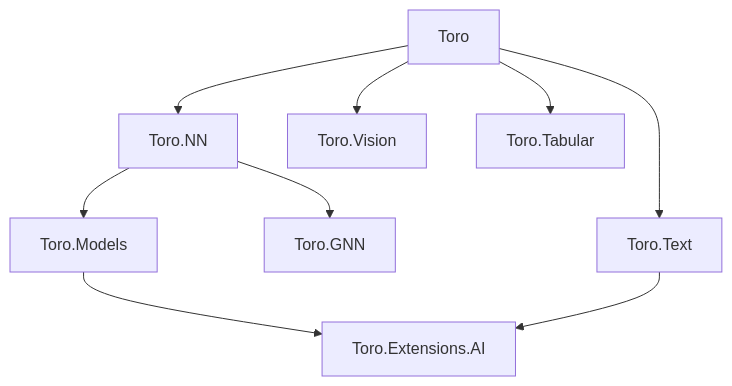
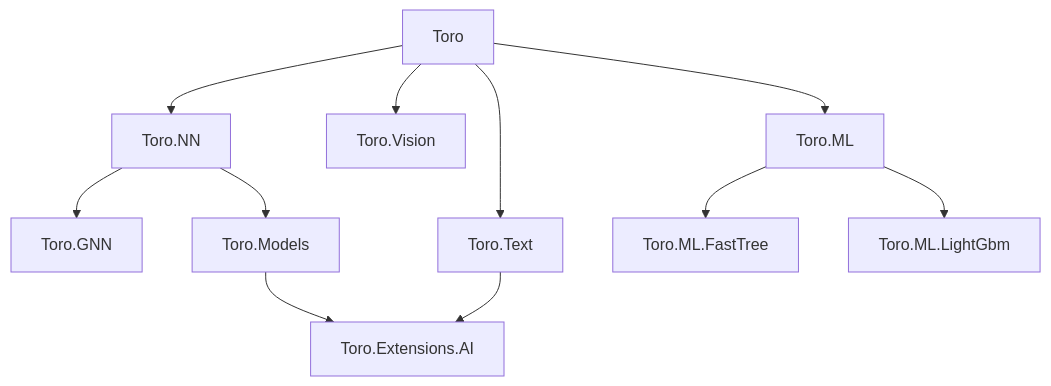
The diagram in CODEMAP.md (toro-ml/toro), drawn with Mermaid before and after one commit. The commit also changed other lines of this file and 29 other files, not shown here.

````diff
--- a/CODEMAP.md
+++ b/CODEMAP.md
@@ -9,11 +9,13 @@
 ```mermaid
 flowchart TD
     Toro --> Toro.NN
     Toro --> Toro.Vision
     Toro --> Toro.Text
-    Toro --> Toro.Tabular
+    Toro --> Toro.ML
+    Toro.ML --> Toro.ML.FastTree
+    Toro.ML --> Toro.ML.LightGbm
     Toro.NN --> Toro.GNN
     Toro.NN --> Toro.Models
     Toro.Models --> Toro.Extensions.AI
     Toro.Text --> Toro.Extensions.AI
 ```
````
